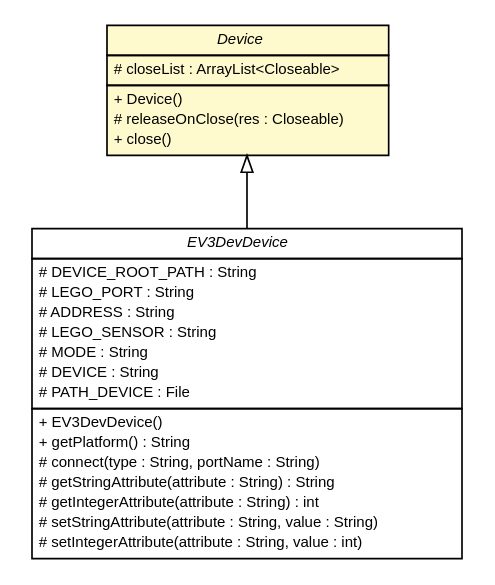
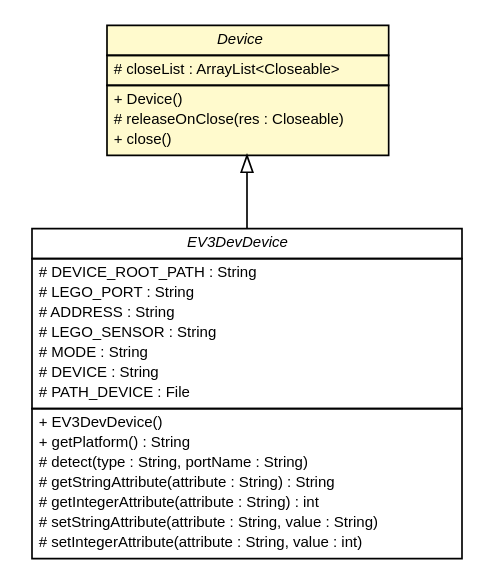
Before and after one commit to Project516/ev3dev-lang-java.github.io: the diagram in docs/api/v0.3.0/ev3dev/hardware/Device.dot, drawn with Graphviz. The commit also changed 331 other files, not shown here.

```diff
--- a/docs/api/v0.3.0/ev3dev/hardware/Device.dot
+++ b/docs/api/v0.3.0/ev3dev/hardware/Device.dot
@@ -1,52 +1,52 @@
 #!/usr/local/bin/dot
 #
 # Class diagram 
 # Generated by UMLGraph version R5_6-24-gf6e263 (http://www.umlgraph.org/)
 #
 
 digraph G {
 	edge [fontname="Helvetica",fontsize=10,labelfontname="Helvetica",labelfontsize=10];
 	node [fontname="Helvetica",fontsize=10,shape=plaintext];
 	nodesep=0.25;
 	ranksep=0.5;
 	// ev3dev.hardware.Device
-	c2478 [label=<<table title="ev3dev.hardware.Device" border="0" cellborder="1" cellspacing="0" cellpadding="2" port="p" bgcolor="lemonChiffon" href="./Device.html">
+	c2171 [label=<<table title="ev3dev.hardware.Device" border="0" cellborder="1" cellspacing="0" cellpadding="2" port="p" bgcolor="lemonChiffon" href="./Device.html">
 		<tr><td><table border="0" cellspacing="0" cellpadding="1">
 <tr><td align="center" balign="center"><font face="Helvetica-Oblique"> Device </font></td></tr>
 		</table></td></tr>
 		<tr><td><table border="0" cellspacing="0" cellpadding="1">
 <tr><td align="left" balign="left"> # closeList : ArrayList&lt;Closeable&gt; </td></tr>
 		</table></td></tr>
 		<tr><td><table border="0" cellspacing="0" cellpadding="1">
 <tr><td align="left" balign="left"> + Device() </td></tr>
 <tr><td align="left" balign="left"> # releaseOnClose(res : Closeable) </td></tr>
 <tr><td align="left" balign="left"> + close() </td></tr>
 		</table></td></tr>
 		</table>>, URL="./Device.html", fontname="Helvetica", fontcolor="black", fontsize=9.0];
 	// ev3dev.hardware.EV3DevDevice
-	c2481 [label=<<table title="ev3dev.hardware.EV3DevDevice" border="0" cellborder="1" cellspacing="0" cellpadding="2" port="p" href="./EV3DevDevice.html">
+	c2174 [label=<<table title="ev3dev.hardware.EV3DevDevice" border="0" cellborder="1" cellspacing="0" cellpadding="2" port="p" href="./EV3DevDevice.html">
 		<tr><td><table border="0" cellspacing="0" cellpadding="1">
 <tr><td align="center" balign="center"><font face="Helvetica-Oblique"> EV3DevDevice </font></td></tr>
 		</table></td></tr>
 		<tr><td><table border="0" cellspacing="0" cellpadding="1">
 <tr><td align="left" balign="left"> # DEVICE_ROOT_PATH : String </td></tr>
 <tr><td align="left" balign="left"> # LEGO_PORT : String </td></tr>
 <tr><td align="left" balign="left"> # ADDRESS : String </td></tr>
 <tr><td align="left" balign="left"> # LEGO_SENSOR : String </td></tr>
 <tr><td align="left" balign="left"> # MODE : String </td></tr>
 <tr><td align="left" balign="left"> # DEVICE : String </td></tr>
 <tr><td align="left" balign="left"> # PATH_DEVICE : File </td></tr>
 		</table></td></tr>
 		<tr><td><table border="0" cellspacing="0" cellpadding="1">
 <tr><td align="left" balign="left"> + EV3DevDevice() </td></tr>
 <tr><td align="left" balign="left"> + getPlatform() : String </td></tr>
-<tr><td align="left" balign="left"> # connect(type : String, portName : String) </td></tr>
+<tr><td align="left" balign="left"> # detect(type : String, portName : String) </td></tr>
 <tr><td align="left" balign="left"> # getStringAttribute(attribute : String) : String </td></tr>
 <tr><td align="left" balign="left"> # getIntegerAttribute(attribute : String) : int </td></tr>
 <tr><td align="left" balign="left"> # setStringAttribute(attribute : String, value : String) </td></tr>
 <tr><td align="left" balign="left"> # setIntegerAttribute(attribute : String, value : int) </td></tr>
 		</table></td></tr>
 		</table>>, URL="./EV3DevDevice.html", fontname="Helvetica", fontcolor="black", fontsize=9.0];
 	//ev3dev.hardware.EV3DevDevice extends ev3dev.hardware.Device
-	c2478:p -> c2481:p [dir=back,arrowtail=empty];
+	c2171:p -> c2174:p [dir=back,arrowtail=empty];
 }
```
